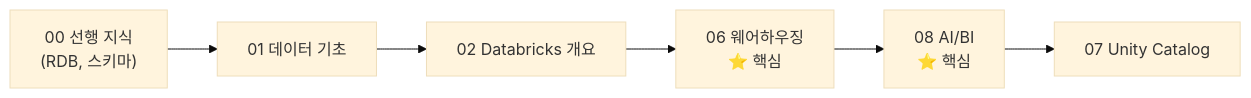
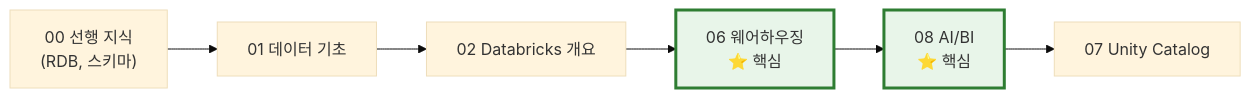
The third of 5 diagrams in 13-appendix/learning-path.md (SimyungYang/simyung-dbx-training), drawn with Mermaid (base theme) before and after one commit. The commit also changed other lines of this file and 37 other files, not shown here.

````diff
--- a/13-appendix/learning-path.md
+++ b/13-appendix/learning-path.md
@@ -25,8 +100,11 @@
 ```mermaid
 graph LR
     A["00 선행 지식<br/>(RDB, 스키마)"] --> B["01 데이터 기초"]
     B --> C["02 Databricks 개요"]
     C --> D["06 웨어하우징<br/>⭐ 핵심"]
     D --> E["08 AI/BI<br/>⭐ 핵심"]
     E --> F["07 Unity Catalog"]
+
+    style D fill:#e8f5e9,stroke:#2e7d32,stroke-width:3px
+    style E fill:#e8f5e9,stroke:#2e7d32,stroke-width:3px
 ```
````
